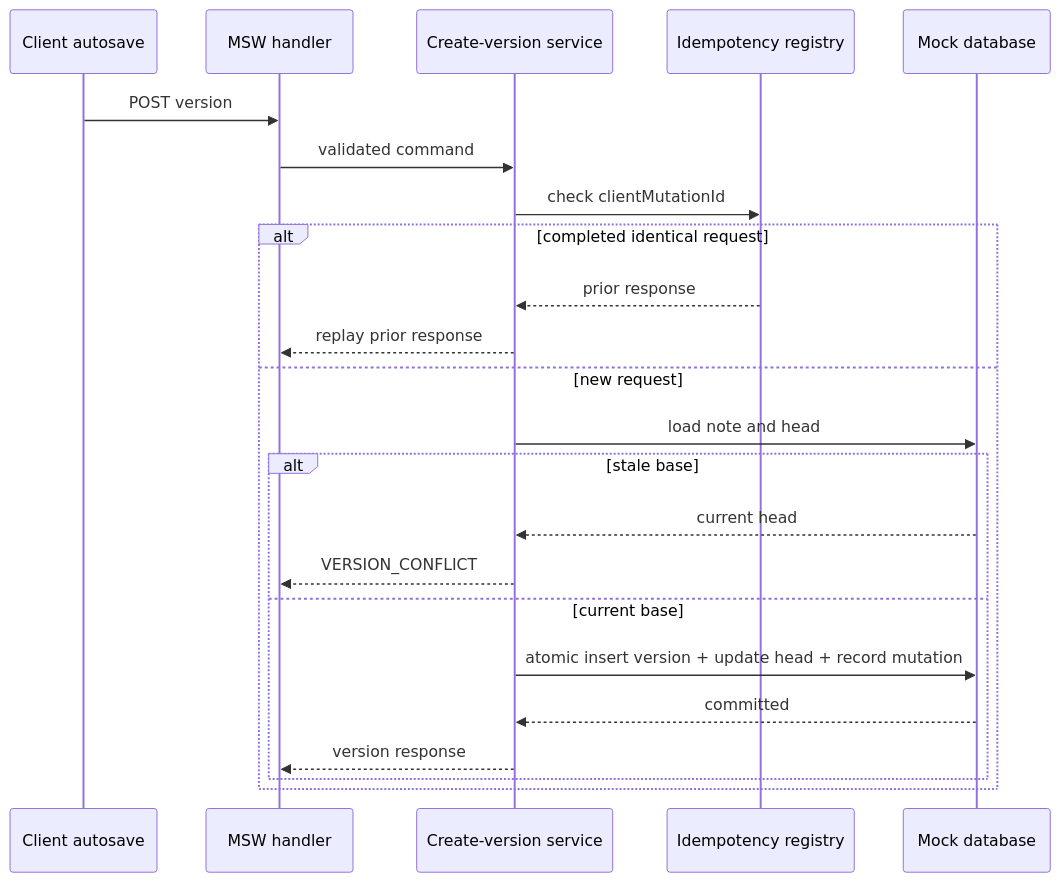
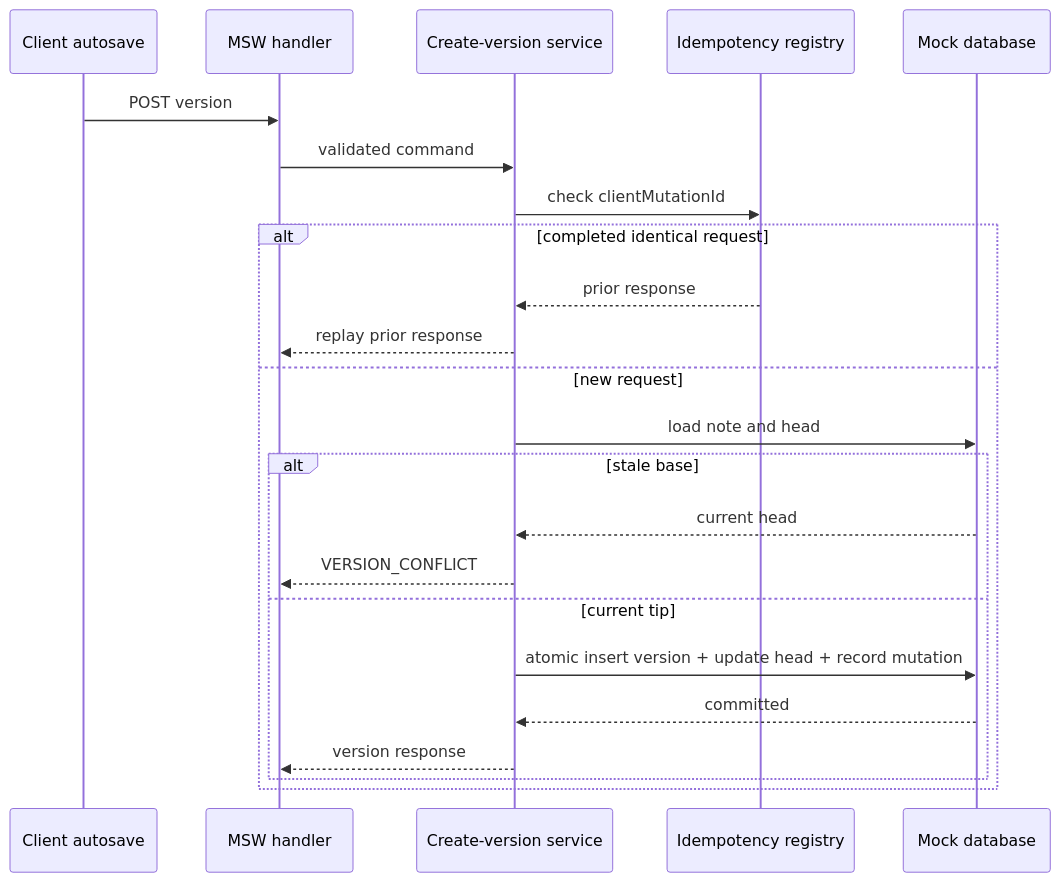
Before and after one commit to apollo0929/soulside-clinical-notes-frontend: the ninth of 10 diagrams in docs/architecture.md, drawn with Mermaid. The commit also changed other lines of this file and 27 other files, not shown here.

````diff
--- a/docs/architecture.md
+++ b/docs/architecture.md
@@ -500,26 +499,26 @@
 ```mermaid
 sequenceDiagram
   participant C as Client autosave
   participant H as MSW handler
   participant S as Create-version service
   participant I as Idempotency registry
   participant D as Mock database
 
   C->>H: POST version
   H->>S: validated command
   S->>I: check clientMutationId
   alt completed identical request
     I-->>S: prior response
     S-->>H: replay prior response
   else new request
     S->>D: load note and head
     alt stale base
       D-->>S: current head
       S-->>H: VERSION_CONFLICT
-    else current base
+    else current tip
       S->>D: atomic insert version + update head + record mutation
       D-->>S: committed
       S-->>H: version response
     end
   end
 ```
````
